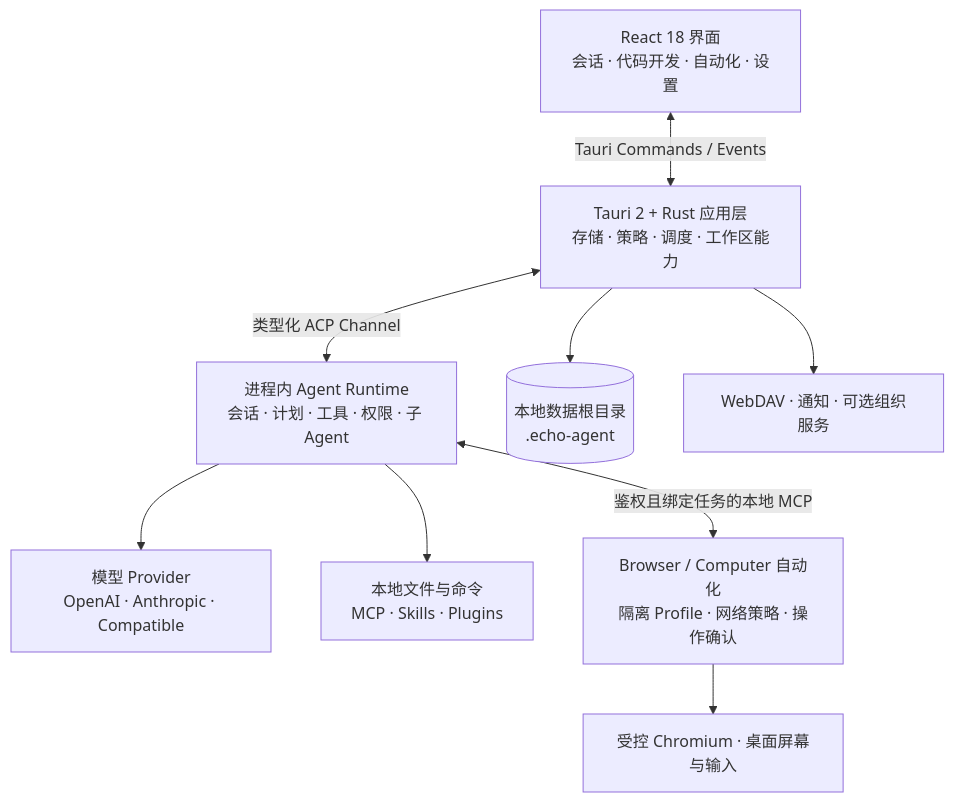
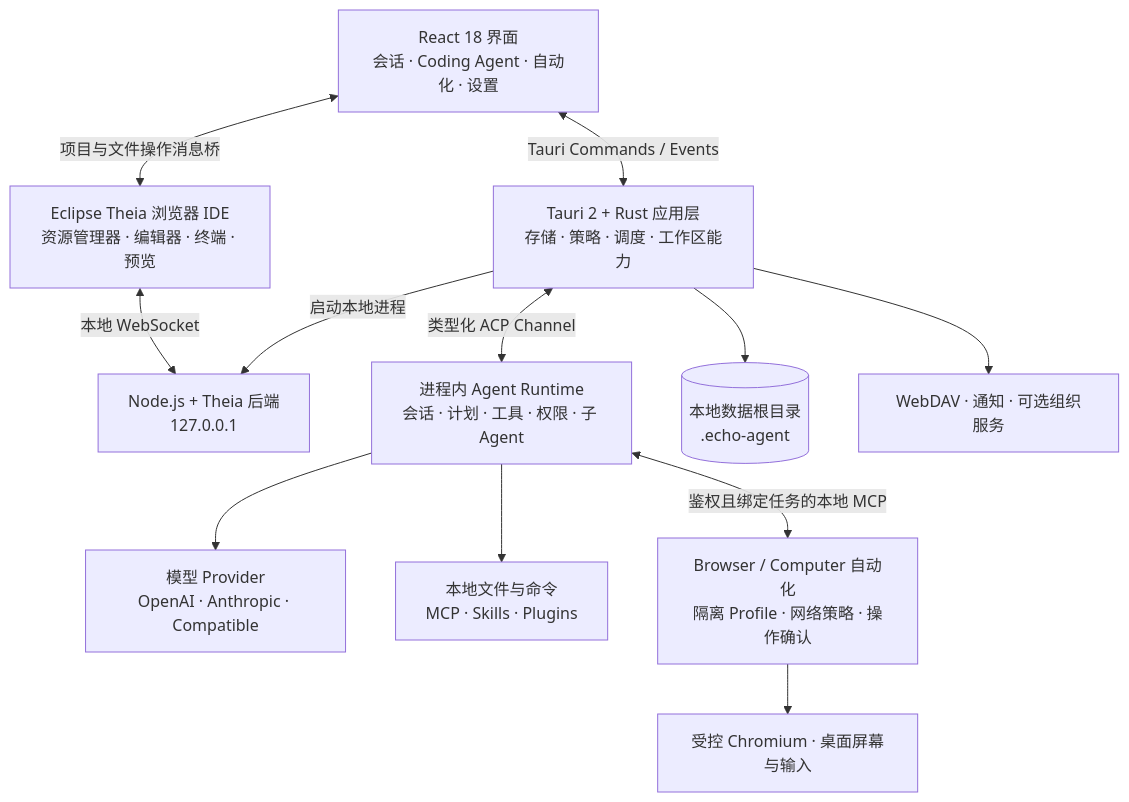
Before and after one commit to fuyuxiang/echo-agent-desktop: the diagram in README.md, drawn with Mermaid. The commit also changed other lines of this file and 4151 other files, not shown here.

````diff
--- a/README.md
+++ b/README.md
@@ -175,11 +177,14 @@
 ```mermaid
 flowchart TB
-    UI[React 18 界面<br/>会话 · 代码开发 · 自动化 · 设置] <-->|Tauri Commands / Events| HOST[Tauri 2 + Rust 应用层<br/>存储 · 策略 · 调度 · 工作区能力]
+    UI[React 18 界面<br/>会话 · Coding Agent · 自动化 · 设置] <-->|Tauri Commands / Events| HOST[Tauri 2 + Rust 应用层<br/>存储 · 策略 · 调度 · 工作区能力]
+    UI <-->|项目与文件操作消息桥| IDE[Eclipse Theia 浏览器 IDE<br/>资源管理器 · 编辑器 · 终端 · 预览]
+    HOST -->|启动本地进程| IDEBACK[Node.js + Theia 后端<br/>127.0.0.1]
+    IDE <-->|本地 WebSocket| IDEBACK
     HOST <-->|类型化 ACP Channel| RUNTIME[进程内 Agent Runtime<br/>会话 · 计划 · 工具 · 权限 · 子 Agent]
     RUNTIME --> MODELS[模型 Provider<br/>OpenAI · Anthropic · Compatible]
     RUNTIME --> TOOLS[本地文件与命令<br/>MCP · Skills · Plugins]
     RUNTIME <-->|鉴权且绑定任务的本地 MCP| AUTO[Browser / Computer 自动化<br/>隔离 Profile · 网络策略 · 操作确认]
     AUTO --> SURFACE[受控 Chromium · 桌面屏幕与输入]
     HOST --> DATA[(本地数据根目录<br/>.echo-agent)]
     HOST --> EXT[WebDAV · 通知 · 可选组织服务]
 ```
````
